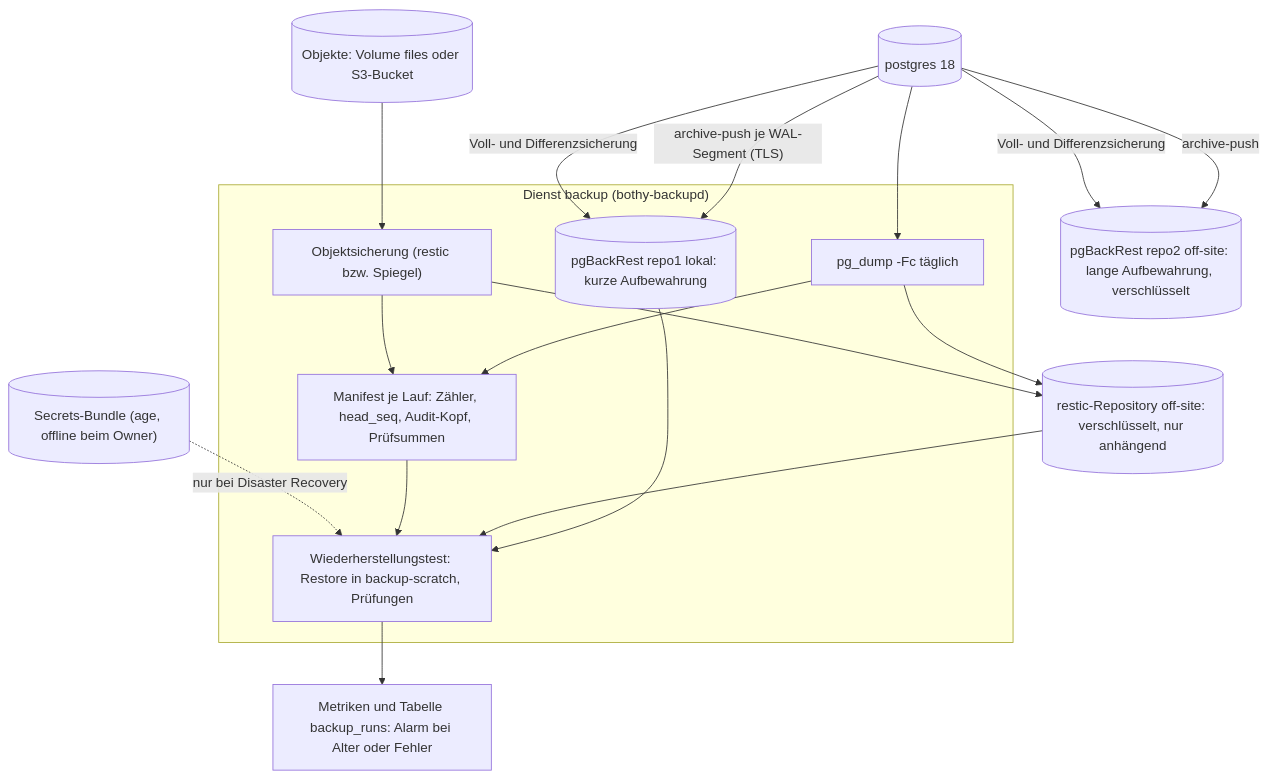
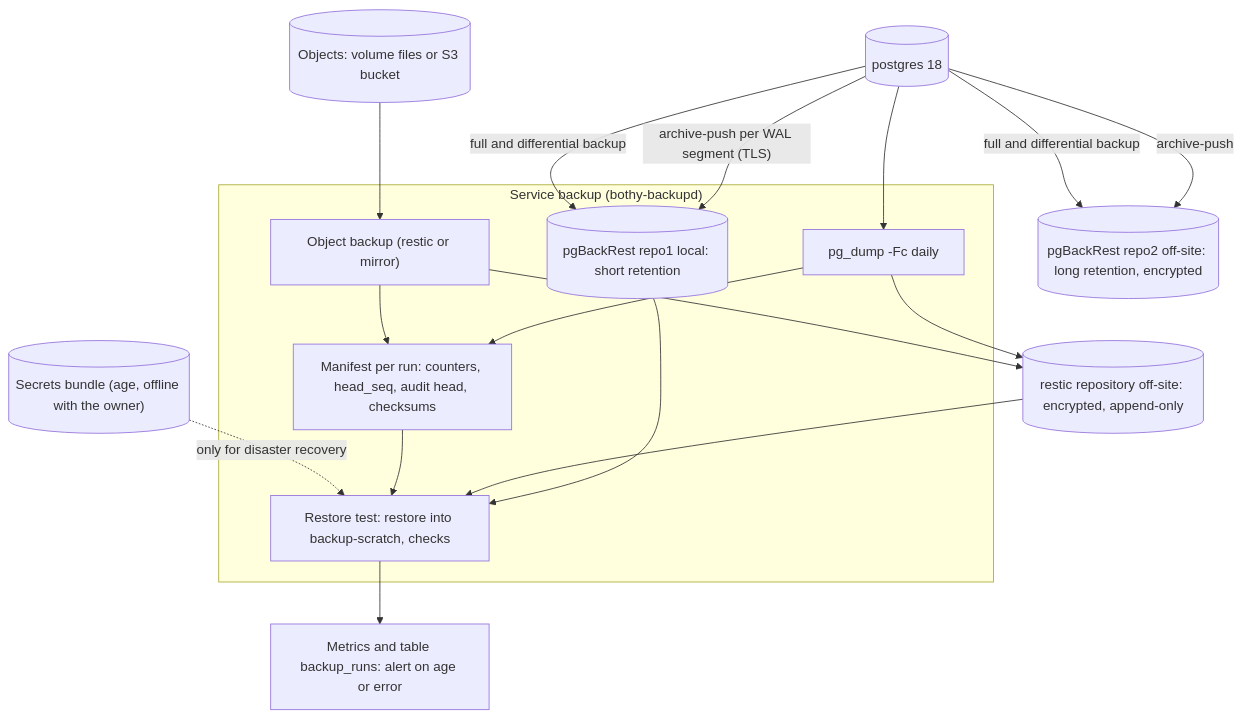
One commit to mguttmann/bothy changed the diagram in docs/operations/diagrams/backup-flow.mmd. Above: the diagram before and after it, drawn with Mermaid. The commit also changed 73 other files, not shown here.

```diff
--- a/docs/operations/diagrams/backup-flow.mmd
+++ b/docs/operations/diagrams/backup-flow.mmd
@@ -1,30 +1,30 @@
 flowchart TB
     pg[("postgres 18")]
-    files[("Objekte: Volume files oder S3-Bucket")]
-    secrets[("Secrets-Bundle (age, offline beim Owner)")]
+    files[("Objects: volume files or S3 bucket")]
+    secrets[("Secrets bundle (age, offline with the owner)")]
 
-    subgraph backupd["Dienst backup (bothy-backupd)"]
-        repo1[("pgBackRest repo1 lokal: kurze Aufbewahrung")]
-        dump["pg_dump -Fc täglich"]
-        objs["Objektsicherung (restic bzw. Spiegel)"]
-        manifest["Manifest je Lauf: Zähler, head_seq, Audit-Kopf, Prüfsummen"]
-        drill["Wiederherstellungstest: Restore in backup-scratch, Prüfungen"]
+    subgraph backupd["Service backup (bothy-backupd)"]
+        repo1[("pgBackRest repo1 local: short retention")]
+        dump["pg_dump -Fc daily"]
+        objs["Object backup (restic or mirror)"]
+        manifest["Manifest per run: counters, head_seq, audit head, checksums"]
+        drill["Restore test: restore into backup-scratch, checks"]
     end
 
-    repo2[("pgBackRest repo2 off-site: lange Aufbewahrung, verschlüsselt")]
-    restic[("restic-Repository off-site: verschlüsselt, nur anhängend")]
-    status["Metriken und Tabelle backup_runs: Alarm bei Alter oder Fehler"]
+    repo2[("pgBackRest repo2 off-site: long retention, encrypted")]
+    restic[("restic repository off-site: encrypted, append-only")]
+    status["Metrics and table backup_runs: alert on age or error"]
 
-    pg -- "archive-push je WAL-Segment (TLS)" --> repo1
+    pg -- "archive-push per WAL segment (TLS)" --> repo1
     pg -- "archive-push" --> repo2
-    pg -- "Voll- und Differenzsicherung" --> repo1
-    pg -- "Voll- und Differenzsicherung" --> repo2
+    pg -- "full and differential backup" --> repo1
+    pg -- "full and differential backup" --> repo2
     pg --> dump --> restic
     files --> objs --> restic
     dump --> manifest
     objs --> manifest
     repo1 --> drill
     restic --> drill
     manifest --> drill
     drill --> status
-    secrets -. "nur bei Disaster Recovery" .-> drill
+    secrets -. "only for disaster recovery" .-> drill
```
